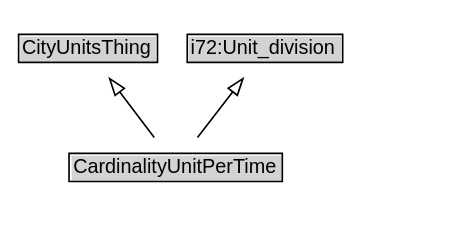
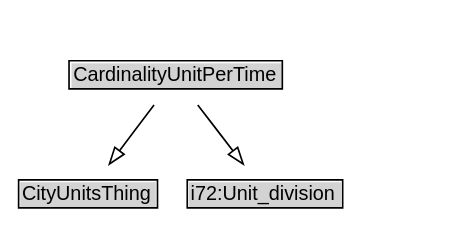
One commit to k-vaughn/ontology-cdm-p1-v1 changed the diagram in docs/diagrams/CardinalityUnitPerTime.dot. Above: the diagram before and after it, drawn with Graphviz. The commit also changed 283 other files, not shown here.

```diff
--- a/docs/diagrams/CardinalityUnitPerTime.dot
+++ b/docs/diagrams/CardinalityUnitPerTime.dot
@@ -1,18 +1,18 @@
 // Diagram for CardinalityUnitPerTime
 digraph {
 	graph [overlap=false rankdir=TB splines=true]
 	node [fontname=Arial fontsize=12 margin=0 shape=none]
 	edge [fontname=Arial fontsize=11]
+	CardinalityUnitPerTime [label=<<TABLE BORDER="1" CELLBORDER="0" CELLSPACING="0" CELLPADDING="1"><TR><TD BGCOLOR="lightgray" ALIGN="CENTER">CardinalityUnitPerTime</TD></TR></TABLE>> URL="../CardinalityUnitPerTime" margin=0]
 	{
 		rank=max
-		CardinalityUnitPerTime [label=<<TABLE BORDER="1" CELLBORDER="0" CELLSPACING="0" CELLPADDING="1"><TR><TD BGCOLOR="lightgray" ALIGN="CENTER" PORT="e">CardinalityUnitPerTime</TD></TR></TABLE>> URL="../CardinalityUnitPerTime.md" margin=0]
 	}
 	subgraph cluster_associated {
 		label="" style=invis
 		Invis [label=<<TABLE BORDER="0" CELLBORDER="0" CELLSPACING="0" CELLPADDING="1"><TR><TD></TD></TR></TABLE>> margin=0 style=invis]
 	}
-	CityUnitsThing [label=<<TABLE BORDER="1" CELLBORDER="0" CELLSPACING="0" CELLPADDING="1"><TR><TD BGCOLOR="lightgray" ALIGN="CENTER">CityUnitsThing</TD></TR></TABLE>> URL="../CityUnitsThing.md" margin=0]
+	CityUnitsThing [label=<<TABLE BORDER="1" CELLBORDER="0" CELLSPACING="0" CELLPADDING="1"><TR><TD BGCOLOR="lightgray" ALIGN="CENTER">CityUnitsThing</TD></TR></TABLE>> URL="../CityUnitsThing" margin=0]
 	CardinalityUnitPerTime -> CityUnitsThing [arrowhead=onormal style=solid]
-	i72_Unit_division [label=<<TABLE BORDER="1" CELLBORDER="0" CELLSPACING="0" CELLPADDING="1"><TR><TD BGCOLOR="lightgray" ALIGN="CENTER">i72:Unit_division</TD></TR></TABLE>> margin=0]
+	i72_Unit_division [label=<<TABLE BORDER="1" CELLBORDER="0" CELLSPACING="0" CELLPADDING="1"><TR><TD BGCOLOR="lightgray" ALIGN="CENTER">i72:Unit_division</TD></TR></TABLE>> URL="https://w3id.org/citydata/21972/v1/Unit_division" margin=0]
 	CardinalityUnitPerTime -> i72_Unit_division [arrowhead=onormal style=solid]
 }
```
